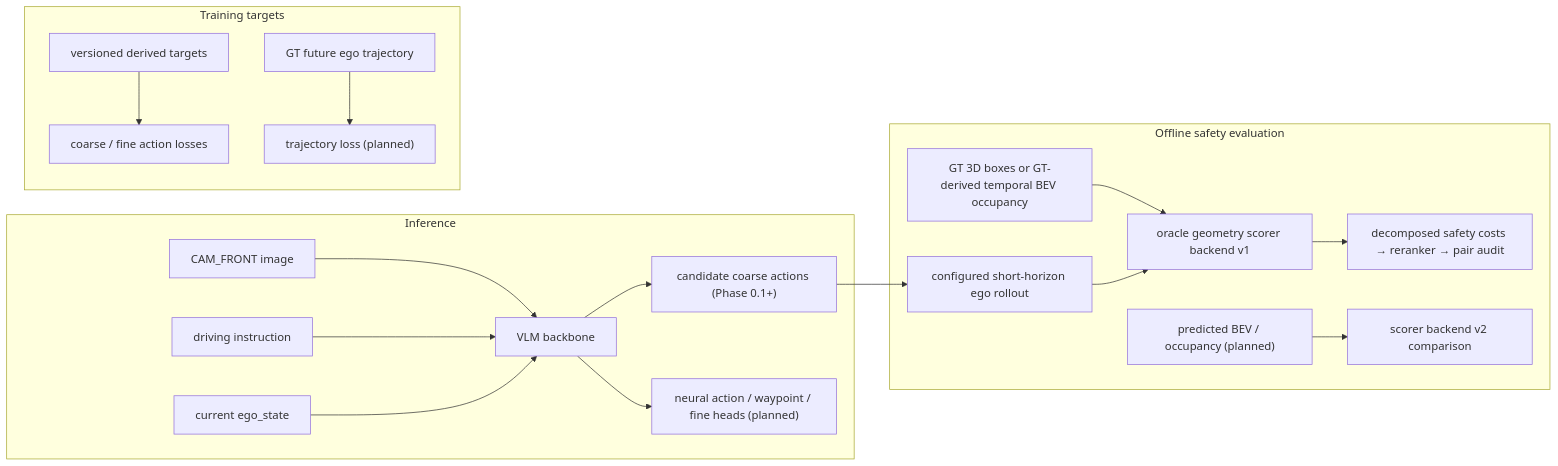
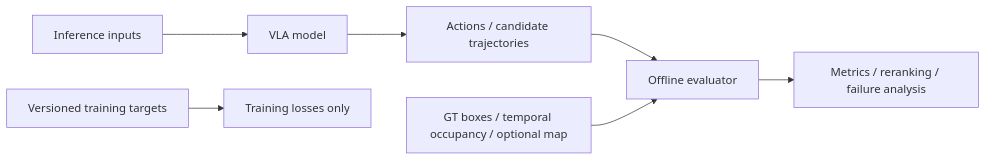
One commit to TNAG031231/4vla_learning changed the first of 2 diagrams in project_mvp_plan.md. Above: the diagram before and after it, drawn with Mermaid. The commit also changed other lines of this file, not shown here.

````diff
--- a/project_mvp_plan.md
+++ b/project_mvp_plan.md
@@ -30,23 +192,9 @@
 ```mermaid
 flowchart LR
-    subgraph Inference
-        A["CAM_FRONT image"] --> D["VLM backbone"]
-        B["driving instruction"] --> D
-        C["current ego_state"] --> D
-        D --> E["candidate coarse actions (Phase 0.1+)"]
-        D --> F["neural action / waypoint / fine heads (planned)"]
-    end
-
-    subgraph Training targets
-        G["versioned derived targets"] --> H["coarse / fine action losses"]
-        I["GT future ego trajectory"] --> J["trajectory loss (planned)"]
-    end
-
-    subgraph Offline safety evaluation
-        E --> M["configured short-horizon ego rollout"]
-        K["GT 3D boxes or GT-derived temporal BEV occupancy"] --> L["oracle geometry scorer backend v1"]
-        M --> L
-        L --> N["decomposed safety costs → reranker → pair audit"]
-        O["predicted BEV / occupancy (planned)"] --> P["scorer backend v2 comparison"]
-    end
+    A["Inference inputs"] --> B["VLA model"]
+    B --> C["Actions / candidate trajectories"]
+    D["Versioned training targets"] --> E["Training losses only"]
+    C --> F["Offline evaluator"]
+    G["GT boxes / temporal occupancy / optional map"] --> F
+    F --> H["Metrics / reranking / failure analysis"]
 ```
````
